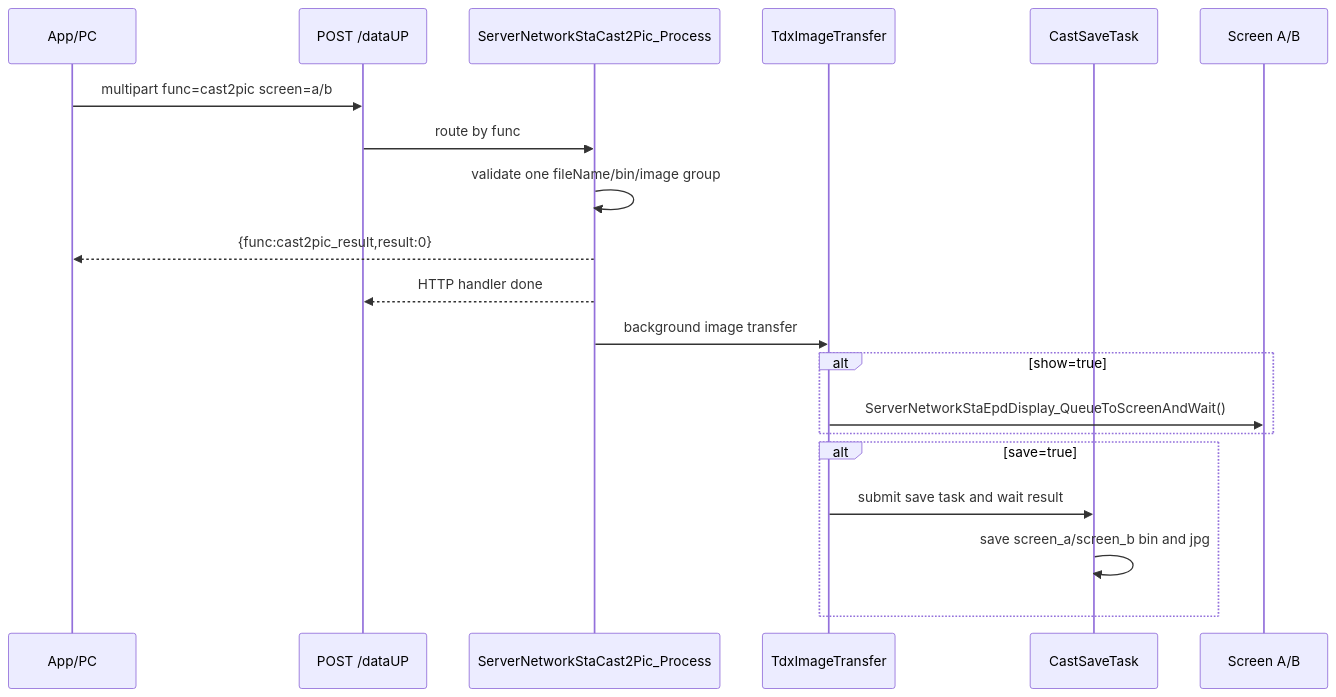
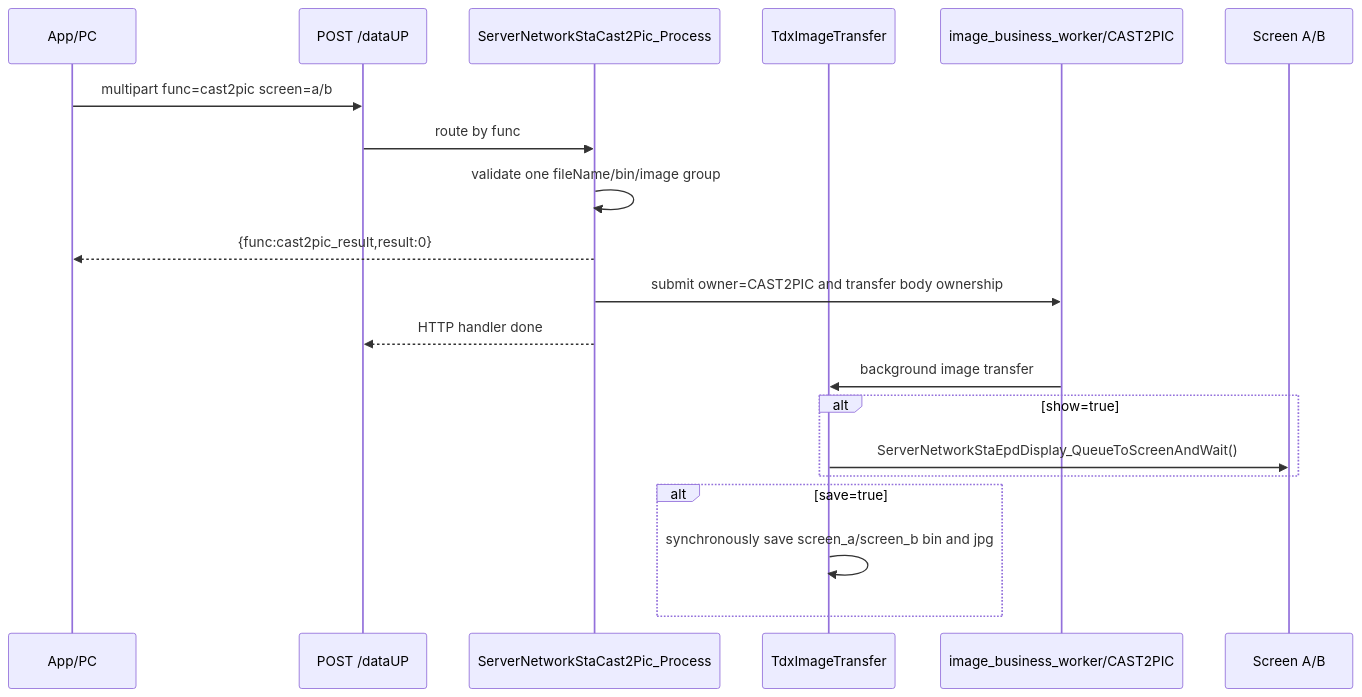
The seventh of 25 diagrams in README_Fun.md (tdxguiping/ESP32_S3_epaper), drawn with Mermaid before and after one commit. The commit also changed other lines of this file and 92 other files, not shown here.

````diff
--- a/README_Fun.md
+++ b/README_Fun.md
@@ -921,22 +950,22 @@
 ```mermaid
 sequenceDiagram
     participant APP as App/PC
     participant DATAUP as POST /dataUP
     participant C2P as ServerNetworkStaCast2Pic_Process
     participant CORE as TdxImageTransfer
-    participant SAVE as CastSaveTask
+    participant WORKER as image_business_worker/CAST2PIC
     participant EPD as Screen A/B
     APP->>DATAUP: multipart func=cast2pic screen=a/b
     DATAUP->>C2P: route by func
     C2P->>C2P: validate one fileName/bin/image group
     C2P-->>APP: {func:cast2pic_result,result:0}
+    C2P->>WORKER: submit owner=CAST2PIC and transfer body ownership
     C2P-->>DATAUP: HTTP handler done
-    C2P->>CORE: background image transfer
+    WORKER->>CORE: background image transfer
     alt show=true
         CORE->>EPD: ServerNetworkStaEpdDisplay_QueueToScreenAndWait()
     end
     alt save=true
-        CORE->>SAVE: submit save task and wait result
-        SAVE->>SAVE: save screen_a/screen_b bin and jpg
+        CORE->>CORE: synchronously save screen_a/screen_b bin and jpg
     end
 ```
````
